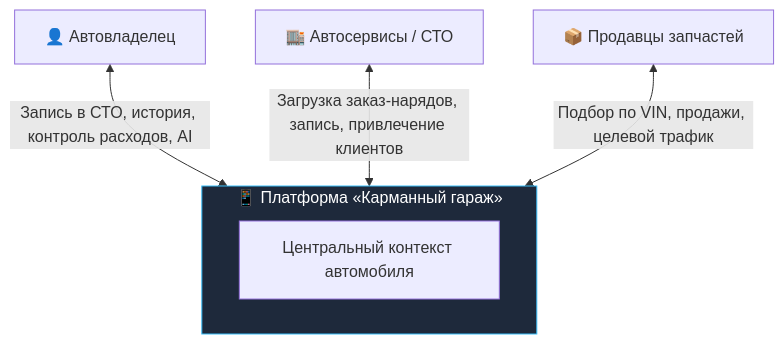
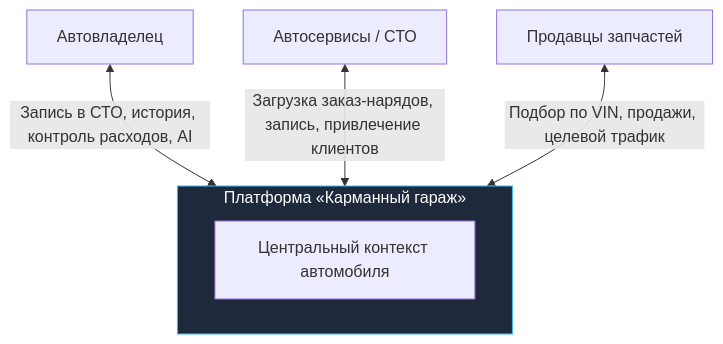
One commit to Yn1ro/pocket-garage changed the third of 5 diagrams in docs/ru/product/vision.md. Above: the diagram before and after it, drawn with Mermaid. The commit also changed other lines of this file, not shown here.

````diff
--- a/docs/ru/product/vision.md
+++ b/docs/ru/product/vision.md
@@ -89,13 +89,13 @@
 ```mermaid
 flowchart TD
-    subgraph Platform ["📱 Платформа «Карманный гараж»"]
+    subgraph Platform [" Платформа «Карманный гараж»"]
         Core[Центральный контекст автомобиля]
     end
 
-    Driver[👤 Автовладелец] <-->|Запись в СТО, история, контроль расходов, AI| Platform
-    STO[🏬 Автосервисы / СТО] <-->|Загрузка заказ-нарядов, запись, привлечение клиентов| Platform
-    Sellers[📦 Продавцы запчастей] <-->|Подбор по VIN, продажи, целевой трафик| Platform
+    Driver[ Автовладелец] <-->|Запись в СТО, история, контроль расходов, AI| Platform
+    STO[ Автосервисы / СТО] <-->|Загрузка заказ-нарядов, запись, привлечение клиентов| Platform
+    Sellers[ Продавцы запчастей] <-->|Подбор по VIN, продажи, целевой трафик| Platform
 
     style Platform fill:#1e293b,stroke:#38bdf8,color:#fff
 
 ```
````
